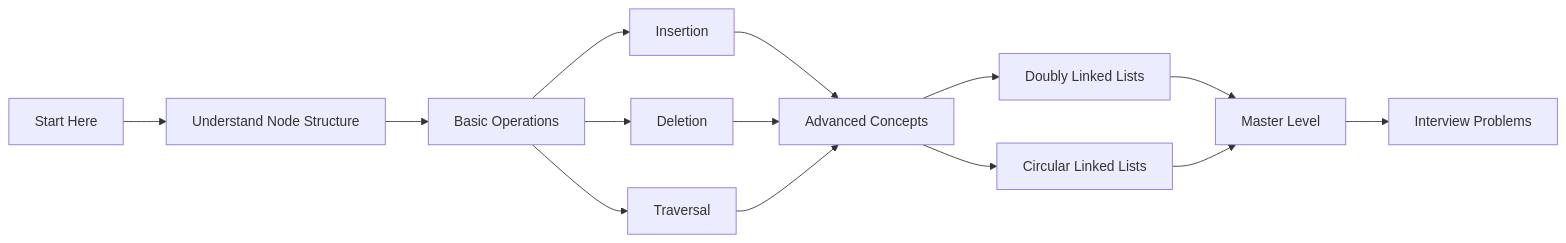
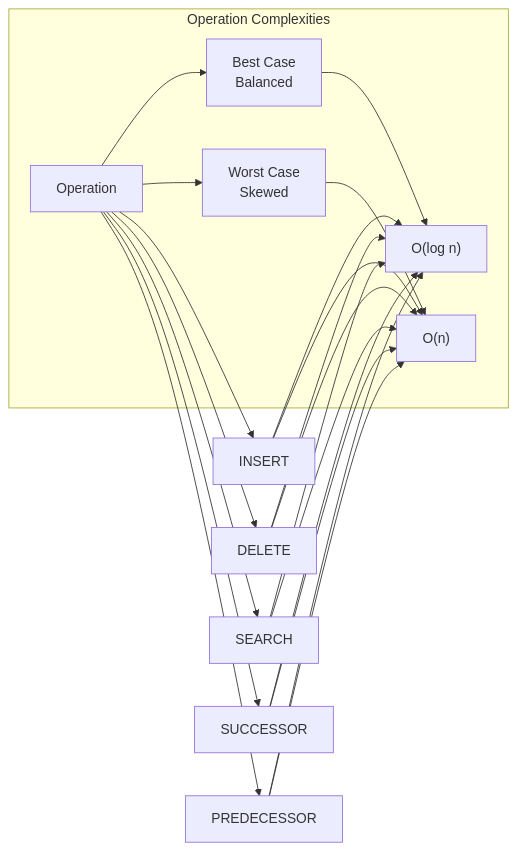
The tenth of 12 diagrams in Linked List /FINAL_PAPER/README.md (MuhammadZafran33/Data-Structures-lab-Solutions), drawn with Mermaid before and after one commit. The commit also changed other lines of this file, not shown here.

````diff
--- a/Linked List /FINAL_PAPER/README.md
+++ b/Linked List /FINAL_PAPER/README.md
@@ -258,16 +253,26 @@
 ```mermaid
 graph LR
-    A["Start Here"] --> B["Understand Node Structure"]
-    B --> C["Basic Operations"]
-    C --> D["Insertion"]
-    C --> E["Deletion"]
-    C --> F["Traversal"]
-    D --> G["Advanced Concepts"]
-    E --> G
-    F --> G
-    G --> H["Doubly Linked Lists"]
-    G --> I["Circular Linked Lists"]
-    H --> J["Master Level"]
-    I --> J
-    J --> K["Interview Problems"]
+    subgraph "Operation Complexities"
+        A["Operation"] --> B["Best Case<br/>Balanced"]
+        A --> C["Worst Case<br/>Skewed"]
+        B --> D["O(log n)"]
+        C --> E["O(n)"]
+    end
+    
+    A --> F["INSERT"]
+    A --> G["DELETE"]
+    A --> H["SEARCH"]
+    A --> I["SUCCESSOR"]
+    A --> J["PREDECESSOR"]
+    
+    F --> D
+    F --> E
+    G --> D
+    G --> E
+    H --> D
+    H --> E
+    I --> D
+    I --> E
+    J --> D
+    J --> E
 ```
````
